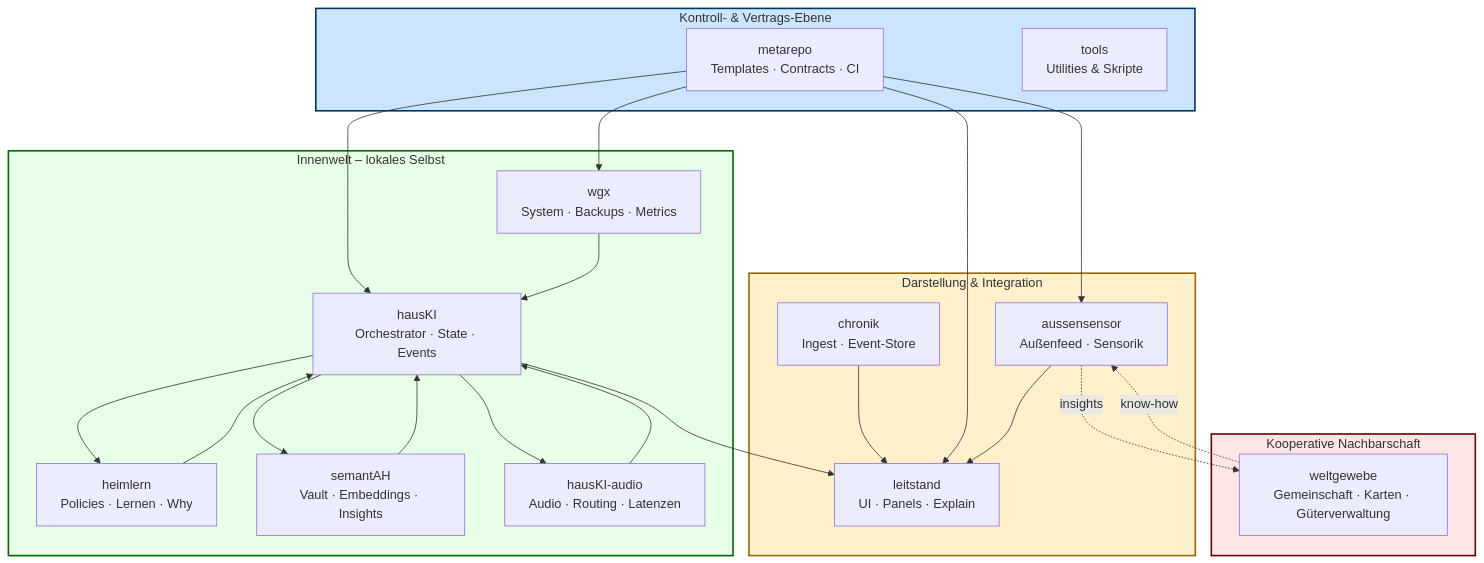
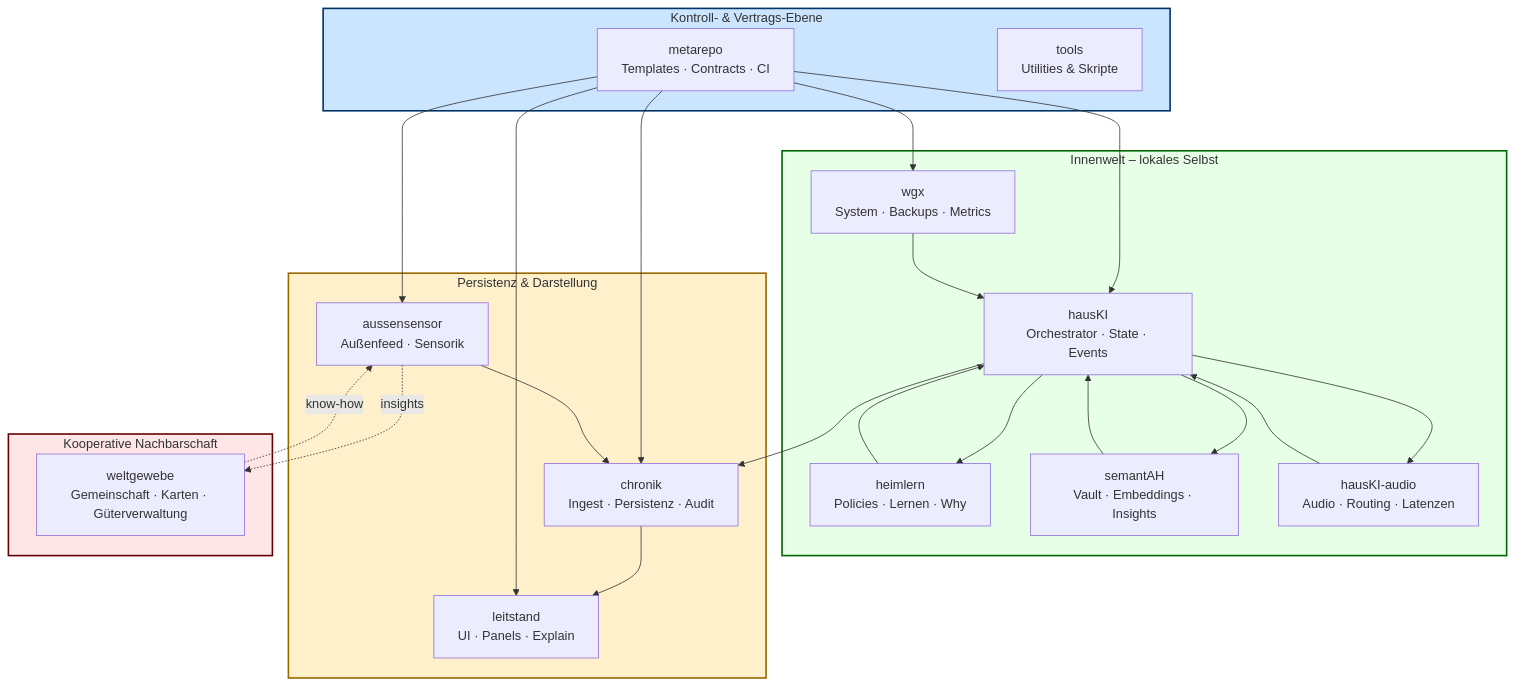
Before and after one commit to heimgewebe/metarepo: the diagram in docs/heimgewebe-architektur.mmd, drawn with Mermaid. The commit also changed 28 other files, not shown here.

````diff
--- a/docs/heimgewebe-architektur.mmd
+++ b/docs/heimgewebe-architektur.mmd
@@ -1,49 +1,50 @@
 ```mermaid
 graph TD
     subgraph META["Kontroll- & Vertrags-Ebene"]
         M[metarepo<br/>Templates · Contracts · CI]
         T[tools<br/>Utilities & Skripte]
     end
 
     subgraph INNEN["Innenwelt – lokales Selbst"]
         WGX[wgx<br/>System · Backups · Metrics]
         HKI[hausKI<br/>Orchestrator · State · Events]
         HLA[heimlern<br/>Policies · Lernen · Why]
         SEM[semantAH<br/>Vault · Embeddings · Insights]
         AUD[hausKI-audio<br/>Audio · Routing · Latenzen]
     end
 
-    subgraph VIS["Darstellung & Integration"]
-        CHRONIK[chronik<br/>Ingest · Event-Store]
+    subgraph VIS["Persistenz & Darstellung"]
+        CHRONIK[chronik<br/>Ingest · Persistenz · Audit]
         LST[leitstand<br/>UI · Panels · Explain]
         CHRONIK --> LST
         AUS[aussensensor<br/>Außenfeed · Sensorik]
     end
 
     subgraph AUSSEN["Kooperative Nachbarschaft"]
         WELT[weltgewebe<br/>Gemeinschaft · Karten · Güterverwaltung]
     end
 
     M --> WGX
     M --> HKI
+    M --> CHRONIK
     M --> LST
     M --> AUS
 
     WGX --> HKI
     HKI --> HLA
-    HKI --> LST
+    HKI --> CHRONIK
     HKI --> SEM
     HKI --> AUD
     HLA --> HKI
     SEM --> HKI
     AUD --> HKI
 
-    AUS --> LST
+    AUS --> CHRONIK
     WELT -. know-how .-> AUS
     AUS -. insights .-> WELT
 
     style META fill:#cce5ff,stroke:#003366,stroke-width:2px
     style INNEN fill:#e6ffe6,stroke:#006600,stroke-width:2px
     style VIS fill:#fff0cc,stroke:#996600,stroke-width:2px
     style AUSSEN fill:#ffe6e6,stroke:#660000,stroke-width:2px
 ```
````
